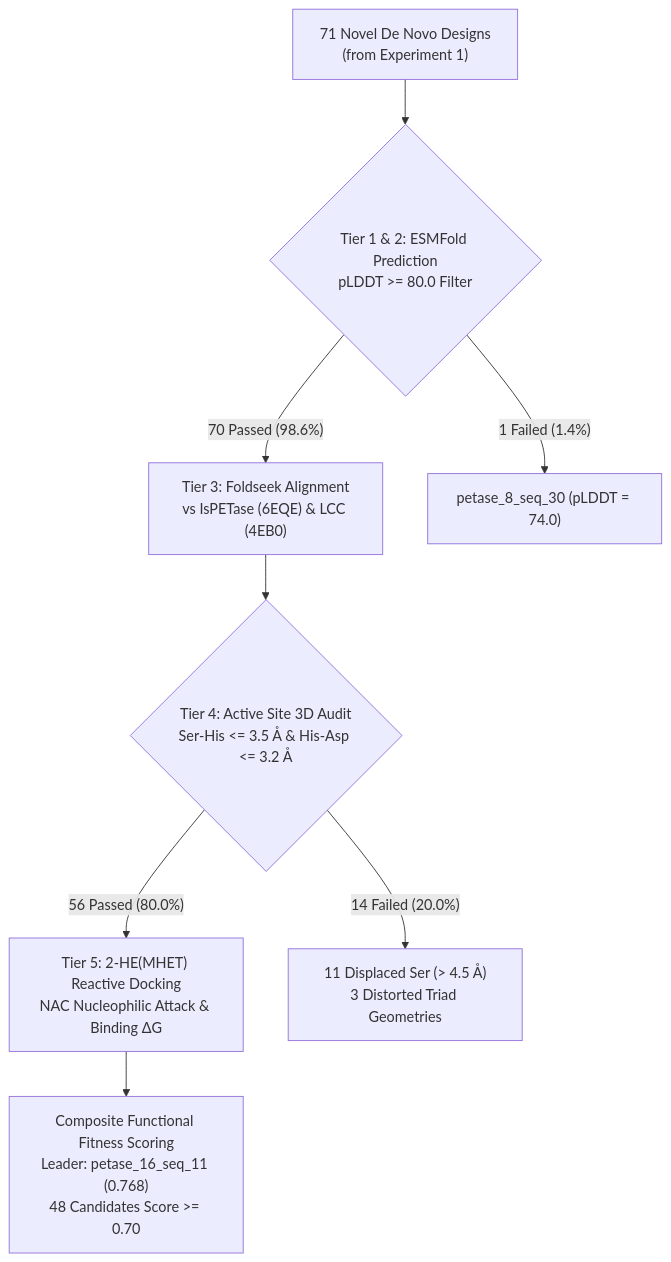
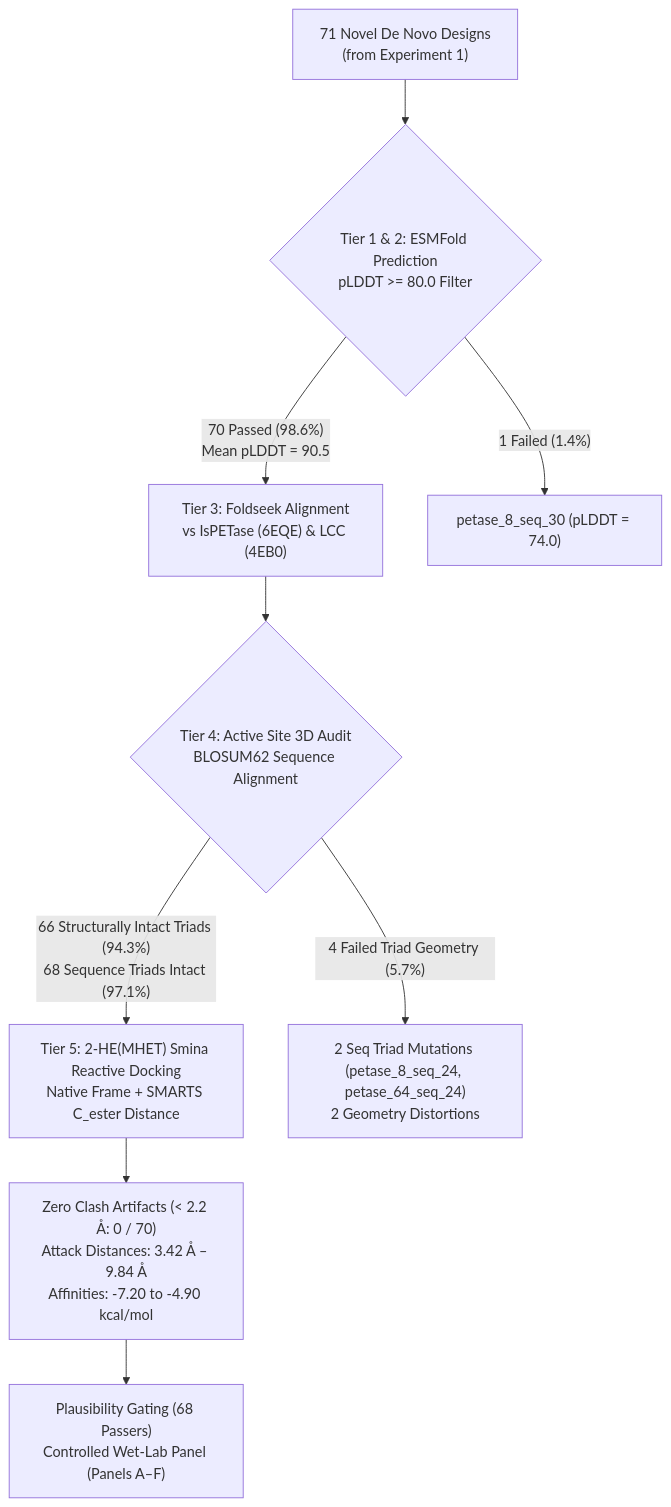
One commit to deepanshu-yadav/EVO_2_PETase changed the diagram in experiments/experiment_2_folding/README.md. Above: the diagram before and after it, drawn with Mermaid. The commit also changed other lines of this file and 15 other files, not shown here.

````diff
--- a/experiments/experiment_2_folding/README.md
+++ b/experiments/experiment_2_folding/README.md
@@ -27,10 +27,11 @@
 ```mermaid
 flowchart TD
     A["71 Novel De Novo Designs<br/>(from Experiment 1)"] --> B{"Tier 1 & 2: ESMFold Prediction<br/>pLDDT >= 80.0 Filter"}
-    B -- "70 Passed (98.6%)" --> C["Tier 3: Foldseek Alignment<br/>vs IsPETase (6EQE) & LCC (4EB0)"]
+    B -- "70 Passed (98.6%)<br/>Mean pLDDT = 90.5" --> C["Tier 3: Foldseek Alignment<br/>vs IsPETase (6EQE) & LCC (4EB0)"]
     B -- "1 Failed (1.4%)" --> DROP1["petase_8_seq_30 (pLDDT = 74.0)"]
-    C --> D{"Tier 4: Active Site 3D Audit<br/>Ser-His <= 3.5 Å & His-Asp <= 3.2 Å"}
-    D -- "56 Passed (80.0%)" --> E["Tier 5: 2-HE(MHET) Reactive Docking<br/>NAC Nucleophilic Attack & Binding ΔG"]
-    D -- "14 Failed (20.0%)" --> DROP2["11 Displaced Ser (> 4.5 Å)<br/>3 Distorted Triad Geometries"]
-    E --> F["Composite Functional Fitness Scoring<br/>Leader: petase_16_seq_11 (0.768)<br/>48 Candidates Score >= 0.70"]
+    C --> D{"Tier 4: Active Site 3D Audit<br/>BLOSUM62 Sequence Alignment"}
+    D -- "66 Structurally Intact Triads (94.3%)<br/>68 Sequence Triads Intact (97.1%)" --> E["Tier 5: 2-HE(MHET) Smina Reactive Docking<br/>Native Frame + SMARTS C_ester Distance"]
+    D -- "4 Failed Triad Geometry (5.7%)" --> DROP2["2 Seq Triad Mutations (petase_8_seq_24, petase_64_seq_24)<br/>2 Geometry Distortions"]
+    E --> F["Zero Clash Artifacts (< 2.2 Å: 0 / 70)<br/>Attack Distances: 3.42 Å – 9.84 Å<br/>Affinities: -7.20 to -4.90 kcal/mol"]
+    F --> G["Plausibility Gating (68 Passers)<br/>Controlled Wet-Lab Panel (Panels A–F)"]
 ```
````
